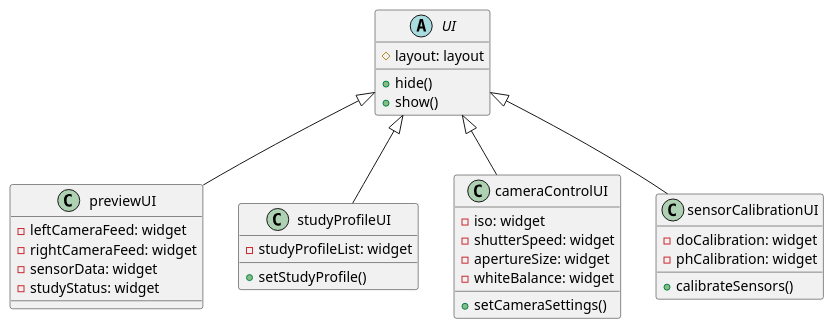
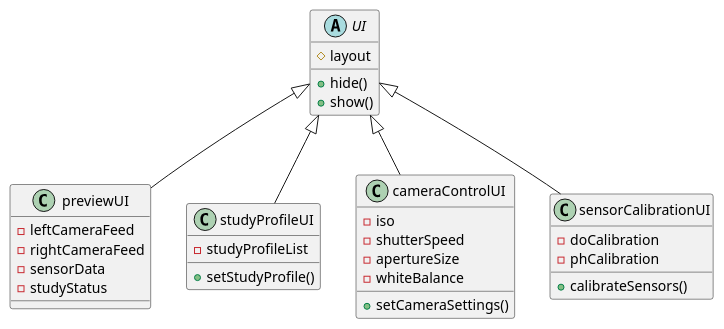
The diagram in Progress_Report_Presentation/Main_Document/Figures/class_diagram.pu (fabiomatos999/M.O.S.I.S), drawn with PlantUML before and after one commit. The commit also changed 2 other files, not shown here.

Commit message:
Remove detail from class diagram

```diff
--- a/Progress_Report_Presentation/Main_Document/Figures/class_diagram.pu
+++ b/Progress_Report_Presentation/Main_Document/Figures/class_diagram.pu
@@ -1,33 +1,33 @@
 @startuml
 abstract class "UI" {
-	# layout: layout
+	# layout
 	+ hide()
 	+ show()
 }
 class previewUI {
-	- leftCameraFeed: widget
-	- rightCameraFeed: widget
-	- sensorData: widget
-	- studyStatus: widget
+	- leftCameraFeed
+	- rightCameraFeed
+	- sensorData
+	- studyStatus
 }
 class studyProfileUI {
-	- studyProfileList: widget
+	- studyProfileList
 	+ setStudyProfile()
 }
 class cameraControlUI {
-	- iso: widget
-	- shutterSpeed: widget
-	- apertureSize: widget
-	- whiteBalance: widget
+	- iso
+	- shutterSpeed
+	- apertureSize
+	- whiteBalance
 	+ setCameraSettings()
 }
 class sensorCalibrationUI {
-	- doCalibration: widget
-	- phCalibration: widget
+	- doCalibration
+	- phCalibration
 	+ calibrateSensors()
 }
 UI <|-- previewUI
 UI <|-- studyProfileUI
 UI <|-- cameraControlUI
 UI <|-- sensorCalibrationUI
 @enduml
```
